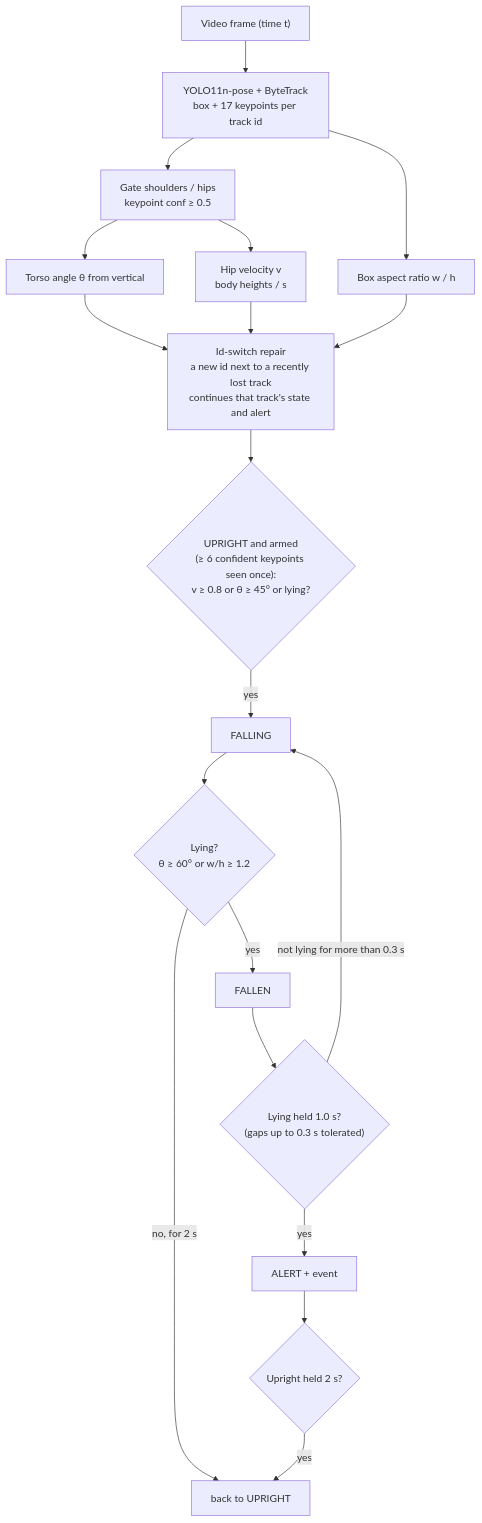
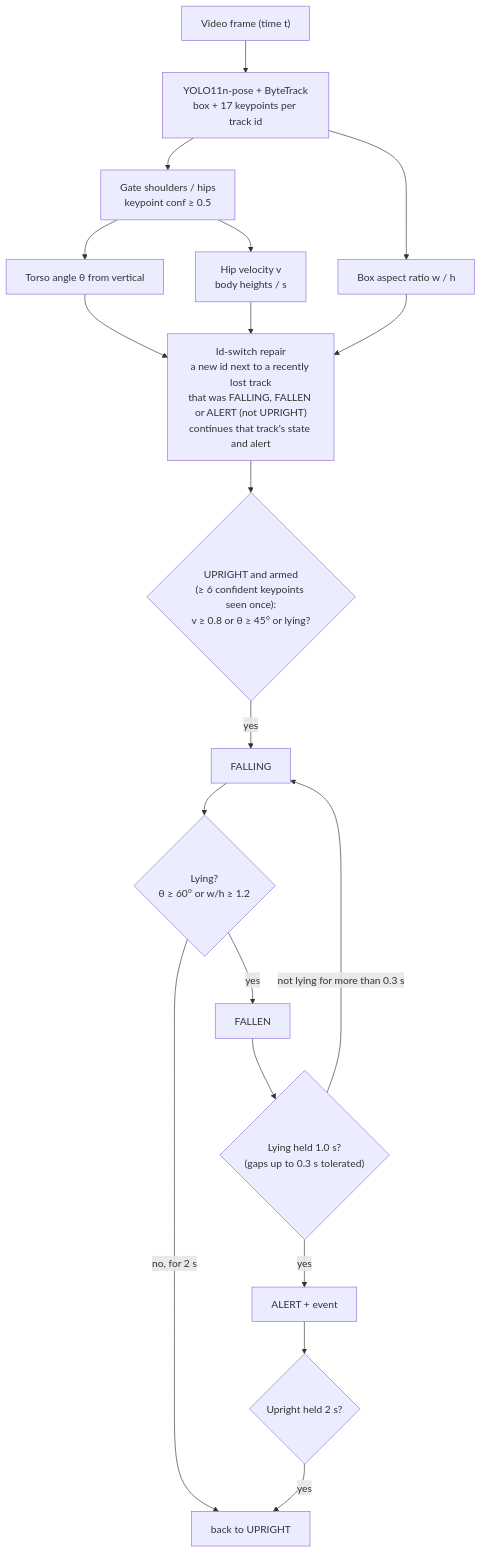
The diagram in README.md (karemdm/fall-detection-alert), drawn with Mermaid before and after one commit. The commit also changed other lines of this file and 6 other files, not shown here.

Commit message:
Stitch only lost tracks that were not UPRIGHT

````diff
--- a/README.md
+++ b/README.md
@@ -32,21 +33,21 @@
 ```mermaid
 flowchart TD
     A["Video frame (time t)"] --> B["YOLO11n-pose + ByteTrack<br/>box + 17 keypoints per track id"]
     B --> C["Gate shoulders / hips<br/>keypoint conf ≥ 0.5"]
     B --> F["Box aspect ratio w / h"]
     C --> D["Torso angle θ from vertical"]
     C --> E["Hip velocity v<br/>body heights / s"]
-    D --> S["Id-switch repair<br/>a new id next to a recently lost track<br/>continues that track's state and alert"]
+    D --> S["Id-switch repair<br/>a new id next to a recently lost track<br/>that was FALLING, FALLEN or ALERT (not UPRIGHT)<br/>continues that track's state and alert"]
     E --> S
     F --> S
     S --> G{"UPRIGHT and armed<br/>(≥ 6 confident keypoints seen once):<br/>v ≥ 0.8 or θ ≥ 45° or lying?"}
     G -- yes --> H["FALLING"]
     H --> I{"Lying?<br/>θ ≥ 60° or w/h ≥ 1.2"}
     I -- "no, for 2 s" --> U["back to UPRIGHT"]
     I -- yes --> J["FALLEN"]
     J --> K{"Lying held 1.0 s?<br/>(gaps up to 0.3 s tolerated)"}
     K -- "not lying for more than 0.3 s" --> H
     K -- yes --> L["ALERT + event"]
     L --> M{"Upright held 2 s?"}
     M -- yes --> U
 ```
````
